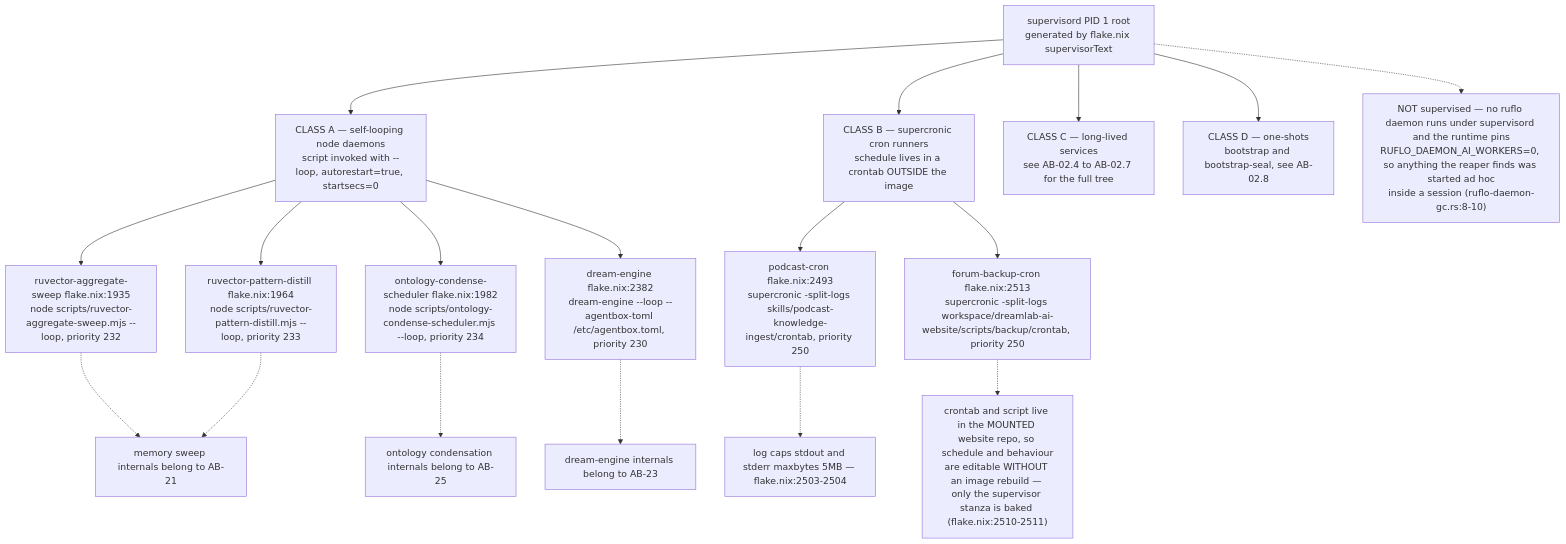
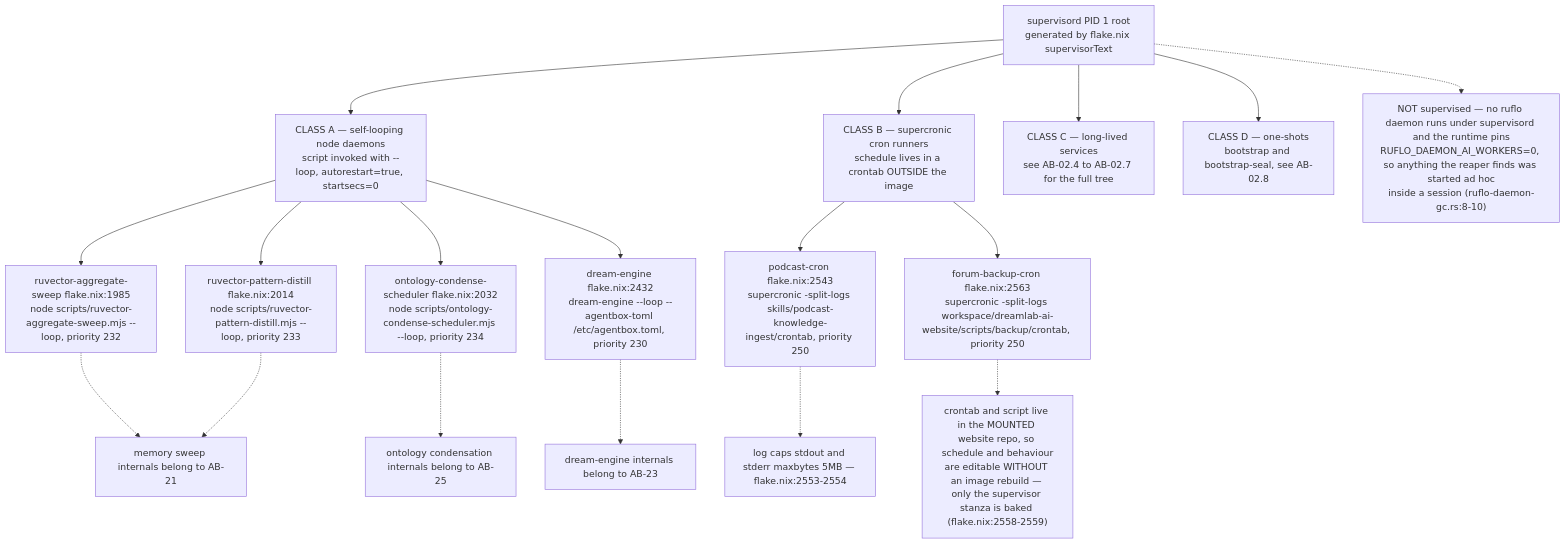
Before and after one commit to DreamLab-AI/VisionFlow: the first of 11 diagrams in docs/diagrams/agentbox/07-daemons-reapers-cron-backups.md, drawn with Mermaid. The commit also changed other lines of this file and 136 other files, not shown here.

First line of the commit message:
docs(diagrams): refresh the whole corpus to code HEAD and prune low-value diagrams

````diff
--- a/docs/diagrams/agentbox/07-daemons-reapers-cron-backups.md
+++ b/docs/diagrams/agentbox/07-daemons-reapers-cron-backups.md
@@ -25,20 +26,20 @@
 ```mermaid
 flowchart TD
     SUP["supervisord PID 1 root<br/>generated by flake.nix supervisorText"] --> C1["CLASS A — self-looping node daemons<br/>script invoked with --loop, autorestart=true, startsecs=0"]
     SUP --> C2["CLASS B — supercronic cron runners<br/>schedule lives in a crontab OUTSIDE the image"]
     SUP --> C3["CLASS C — long-lived services<br/>see AB-02.4 to AB-02.7 for the full tree"]
     SUP --> C4["CLASS D — one-shots<br/>bootstrap and bootstrap-seal, see AB-02.8"]
-    C1 --> A1["ruvector-aggregate-sweep flake.nix:1935<br/>node scripts/ruvector-aggregate-sweep.mjs --loop, priority 232"]
-    C1 --> A2["ruvector-pattern-distill flake.nix:1964<br/>node scripts/ruvector-pattern-distill.mjs --loop, priority 233"]
-    C1 --> A3["ontology-condense-scheduler flake.nix:1982<br/>node scripts/ontology-condense-scheduler.mjs --loop, priority 234"]
-    C1 --> A4["dream-engine flake.nix:2382<br/>dream-engine --loop --agentbox-toml /etc/agentbox.toml, priority 230"]
-    C2 --> B1["podcast-cron flake.nix:2493<br/>supercronic -split-logs skills/podcast-knowledge-ingest/crontab, priority 250"]
-    C2 --> B2["forum-backup-cron flake.nix:2513<br/>supercronic -split-logs workspace/dreamlab-ai-website/scripts/backup/crontab, priority 250"]
+    C1 --> A1["ruvector-aggregate-sweep flake.nix:1985<br/>node scripts/ruvector-aggregate-sweep.mjs --loop, priority 232"]
+    C1 --> A2["ruvector-pattern-distill flake.nix:2014<br/>node scripts/ruvector-pattern-distill.mjs --loop, priority 233"]
+    C1 --> A3["ontology-condense-scheduler flake.nix:2032<br/>node scripts/ontology-condense-scheduler.mjs --loop, priority 234"]
+    C1 --> A4["dream-engine flake.nix:2432<br/>dream-engine --loop --agentbox-toml /etc/agentbox.toml, priority 230"]
+    C2 --> B1["podcast-cron flake.nix:2543<br/>supercronic -split-logs skills/podcast-knowledge-ingest/crontab, priority 250"]
+    C2 --> B2["forum-backup-cron flake.nix:2563<br/>supercronic -split-logs workspace/dreamlab-ai-website/scripts/backup/crontab, priority 250"]
     A1 -.-> M1["memory sweep internals belong to AB-21"]
     A2 -.-> M1
     A3 -.-> M2["ontology condensation internals belong to AB-25"]
     A4 -.-> M3["dream-engine internals belong to AB-23"]
-    B1 -.-> N1["log caps stdout and stderr maxbytes 5MB — flake.nix:2503-2504"]
-    B2 -.-> N2["crontab and script live in the MOUNTED website repo, so schedule and behaviour<br/>are editable WITHOUT an image rebuild — only the supervisor stanza is baked (flake.nix:2510-2511)"]
+    B1 -.-> N1["log caps stdout and stderr maxbytes 5MB — flake.nix:2553-2554"]
+    B2 -.-> N2["crontab and script live in the MOUNTED website repo, so schedule and behaviour<br/>are editable WITHOUT an image rebuild — only the supervisor stanza is baked (flake.nix:2558-2559)"]
     SUP -.-> ADHOC["NOT supervised — no ruflo daemon runs under supervisord and the runtime pins<br/>RUFLO_DAEMON_AI_WORKERS=0, so anything the reaper finds was started ad hoc<br/>inside a session (ruflo-daemon-gc.rs:8-10)"]
 ```
````
